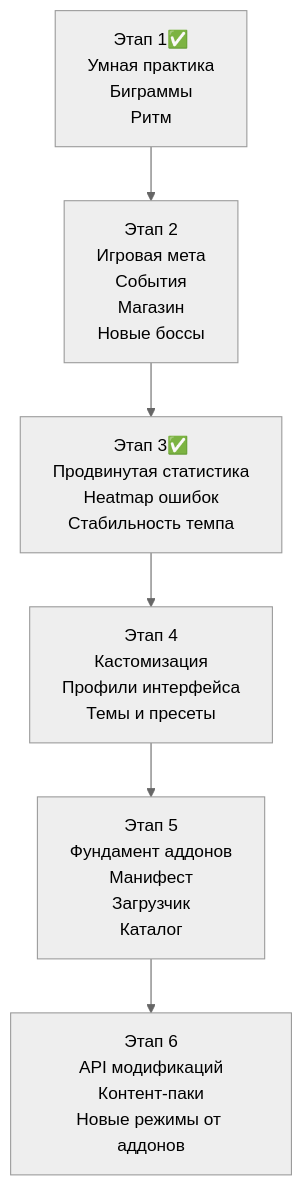
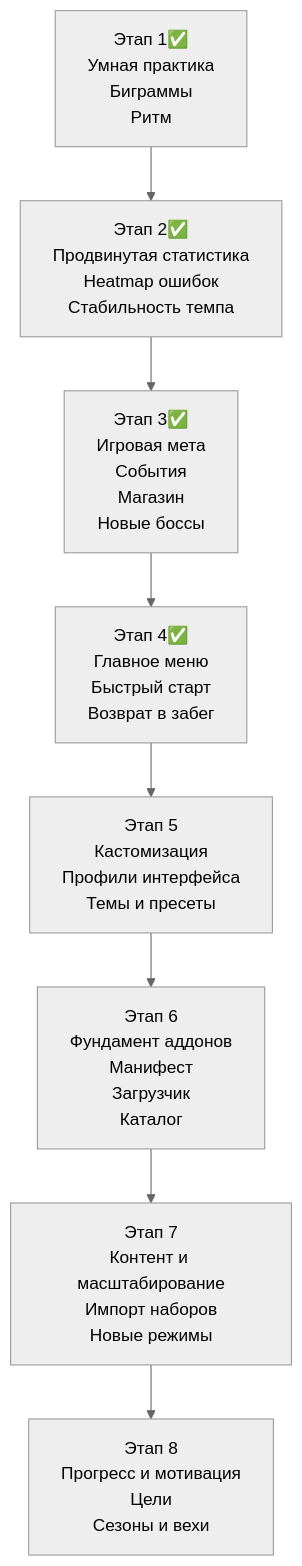
One commit to DispenserBro/typing-trainer changed the diagram in ROADMAP.md. Above: the diagram before and after it, drawn with Mermaid (neutral theme). The commit also changed other lines of this file and 71 other files, not shown here.

````diff
--- a/ROADMAP.md
+++ b/ROADMAP.md
@@ -19,8 +16,10 @@
 ```mermaid
 flowchart TD
-    A["Этап 1✅<br/>Умная практика<br/>Биграммы<br/>Ритм"] --> B["Этап 2<br/>Игровая мета<br/>События<br/>Магазин<br/>Новые боссы"]
-    B --> C["Этап 3✅<br/>Продвинутая статистика<br/>Heatmap ошибок<br/>Стабильность темпа"]
-    C --> D["Этап 4<br/>Кастомизация<br/>Профили интерфейса<br/>Темы и пресеты"]
-    D --> E["Этап 5<br/>Фундамент аддонов<br/>Манифест<br/>Загрузчик<br/>Каталог"]
-    E --> F["Этап 6<br/>API модификаций<br/>Контент-паки<br/>Новые режимы от аддонов"]
+    A["Этап 1✅<br/>Умная практика<br/>Биграммы<br/>Ритм"] --> B["Этап 2✅<br/>Продвинутая статистика<br/>Heatmap ошибок<br/>Стабильность темпа"]
+    B --> C["Этап 3✅<br/>Игровая мета<br/>События<br/>Магазин<br/>Новые боссы"]
+    C --> D["Этап 4✅<br/>Главное меню<br/>Быстрый старт<br/>Возврат в забег"]
+    D --> E["Этап 5<br/>Кастомизация<br/>Профили интерфейса<br/>Темы и пресеты"]
+    E --> F["Этап 6<br/>Фундамент аддонов<br/>Манифест<br/>Загрузчик<br/>Каталог"]
+    F --> G["Этап 7<br/>Контент и масштабирование<br/>Импорт наборов<br/>Новые режимы"]
+    G --> H["Этап 8<br/>Прогресс и мотивация<br/>Цели<br/>Сезоны и вехи"]
 ```
````
